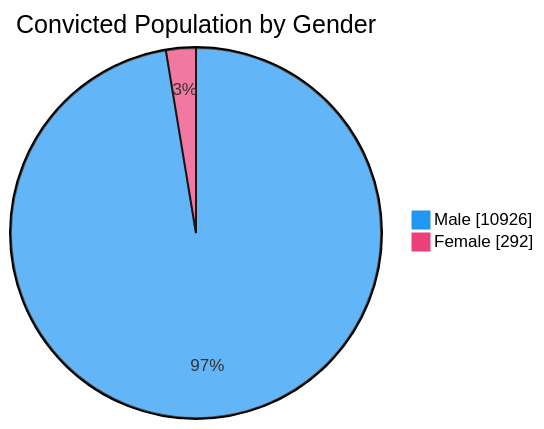
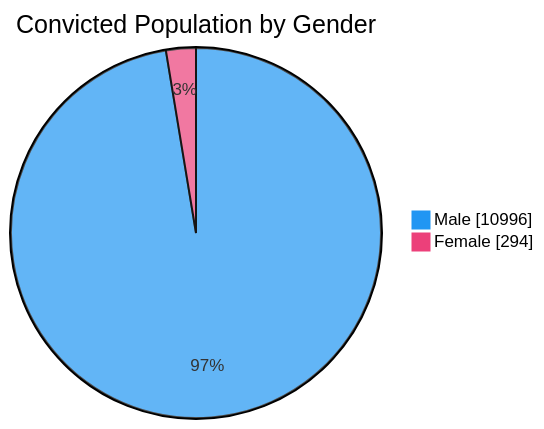
One commit to nuuuwan/lk_prisons changed the third of 7 diagrams in README.md. Above: the diagram before and after it, drawn with Mermaid. The commit also changed other lines of this file and 1 other file, not shown here.

````diff
--- a/README.md
+++ b/README.md
@@ -65,6 +65,6 @@
 ```mermaid
 %%{init: {'themeVariables': {'pie1': '#2196F3', 'pie2': '#EC407A'}}}%%
 pie showData title Convicted Population by Gender
-    "Male" : 10926
-    "Female" : 292
+    "Male" : 10996
+    "Female" : 294
 ```
````
